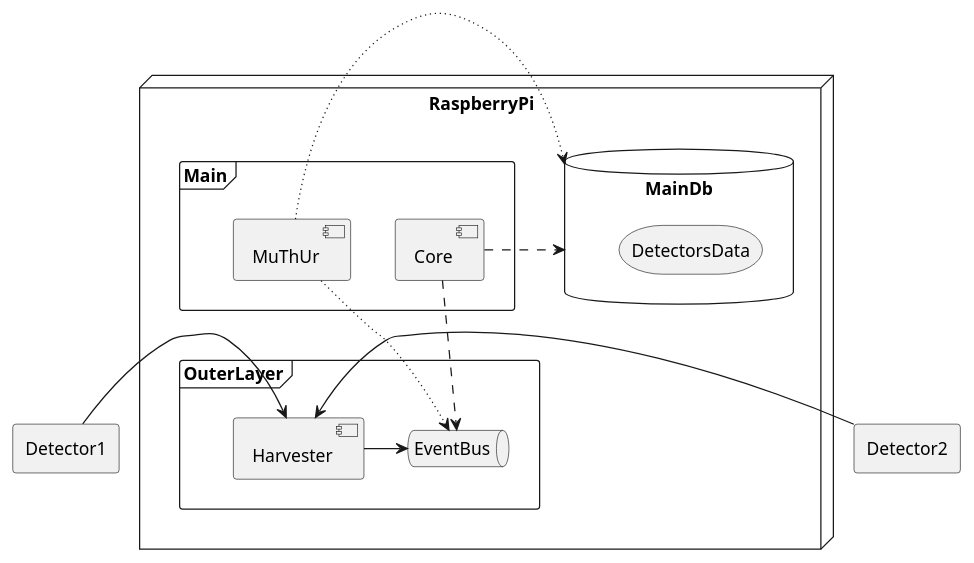
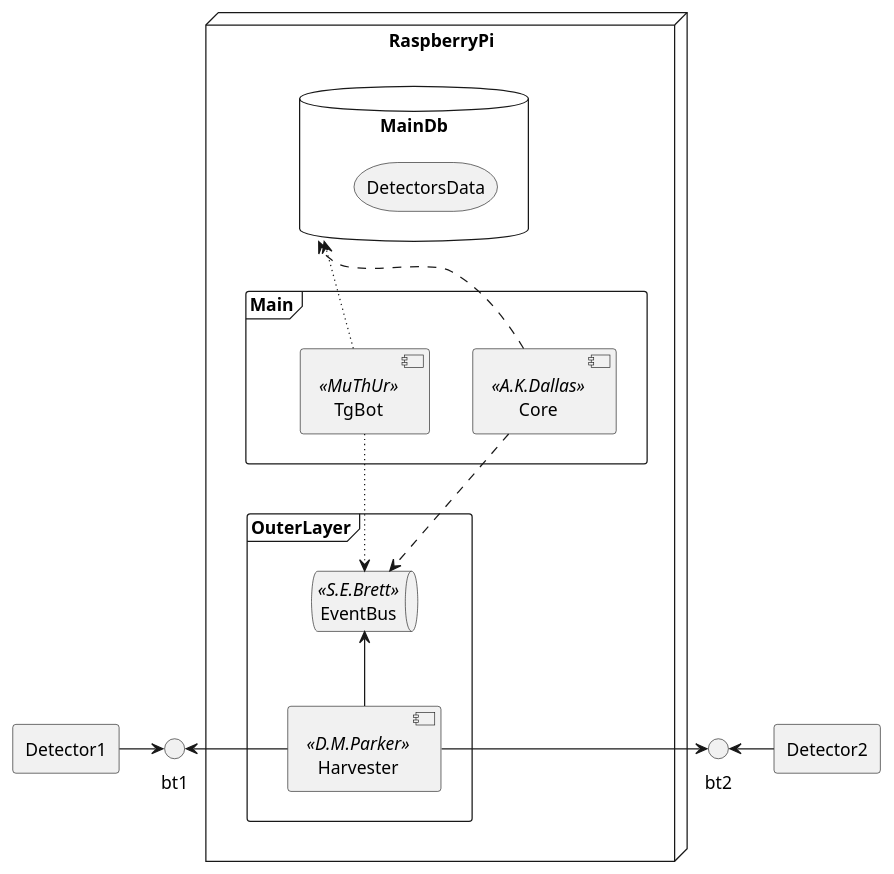
One commit to Tzota/nostromo changed the diagram in docs/diagrams/src/deployment/index.pu. Above: the diagram before and after it, drawn with PlantUML. The commit also changed 2 other files, not shown here.

Commit message:
components diagramm updated

```diff
--- a/docs/diagrams/src/deployment/index.pu
+++ b/docs/diagrams/src/deployment/index.pu
@@ -1,33 +1,40 @@
-@startuml
+@startuml deployment
 ' skinparam linetype polyline
 ' skinparam linetype ortho
 
+interface bt1
+interface bt2
 agent Detector1
 agent Detector2
 
 node RaspberryPi {
     database MainDb  {
         storage DetectorsData
     }
     frame OuterLayer {
-        component Harvester
-        queue EventBus
+        component Harvester <<D.M.Parker>>
+        queue EventBus <<S.E.Brett>>
     }
     frame Main {
-        component Core
-        component MuThUr
+        component Core <<A.K.Dallas>>
+        component TgBot <<MuThUr>>
     }
 }
 
 Main -[hidden]down- OuterLayer
-' OuterLayer -down- Main
+Main -[hidden]up- MainDb
+MainDb -[hidden]down-Main
 
-Detector1 -> Harvester
-Detector2 -> Harvester
-Harvester -> EventBus
+Detector1 -> bt1
+Harvester -> bt1
+
+bt2 <- Detector2
+Harvester -> bt2
+
+Harvester -up-> EventBus
 Core .> EventBus
 Core .> MainDb
-MuThUr ~> EventBus
-MuThUr ~> MainDb
+TgBot ~> EventBus
+TgBot ~> MainDb
 
 @enduml
```
